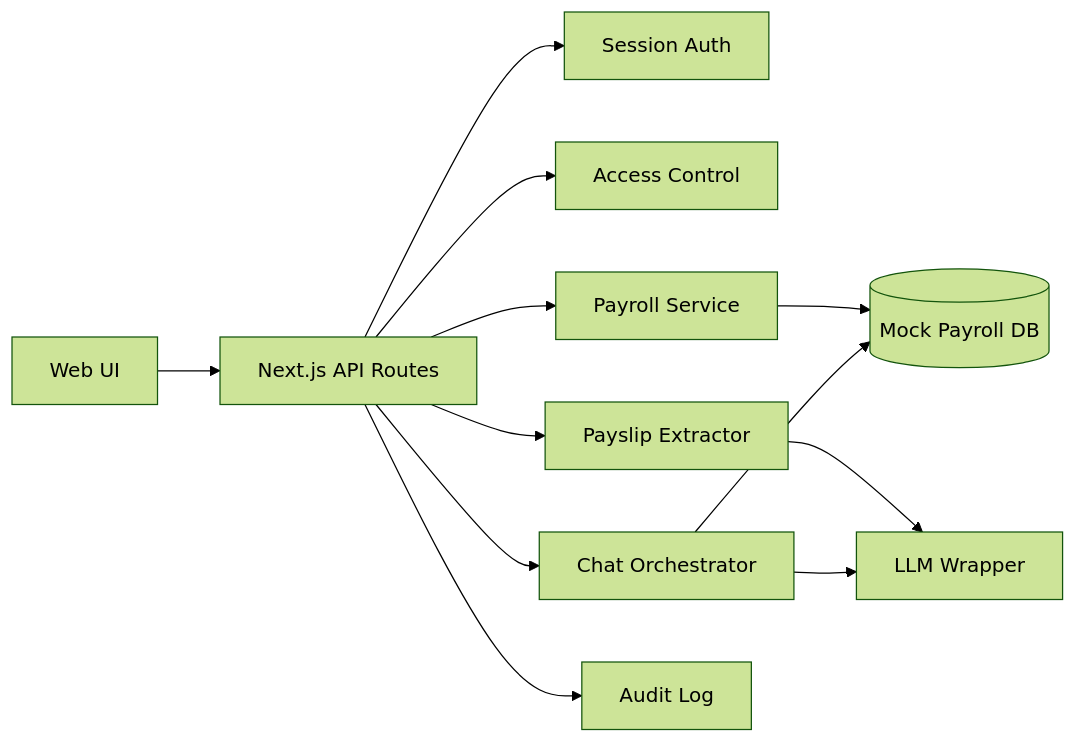
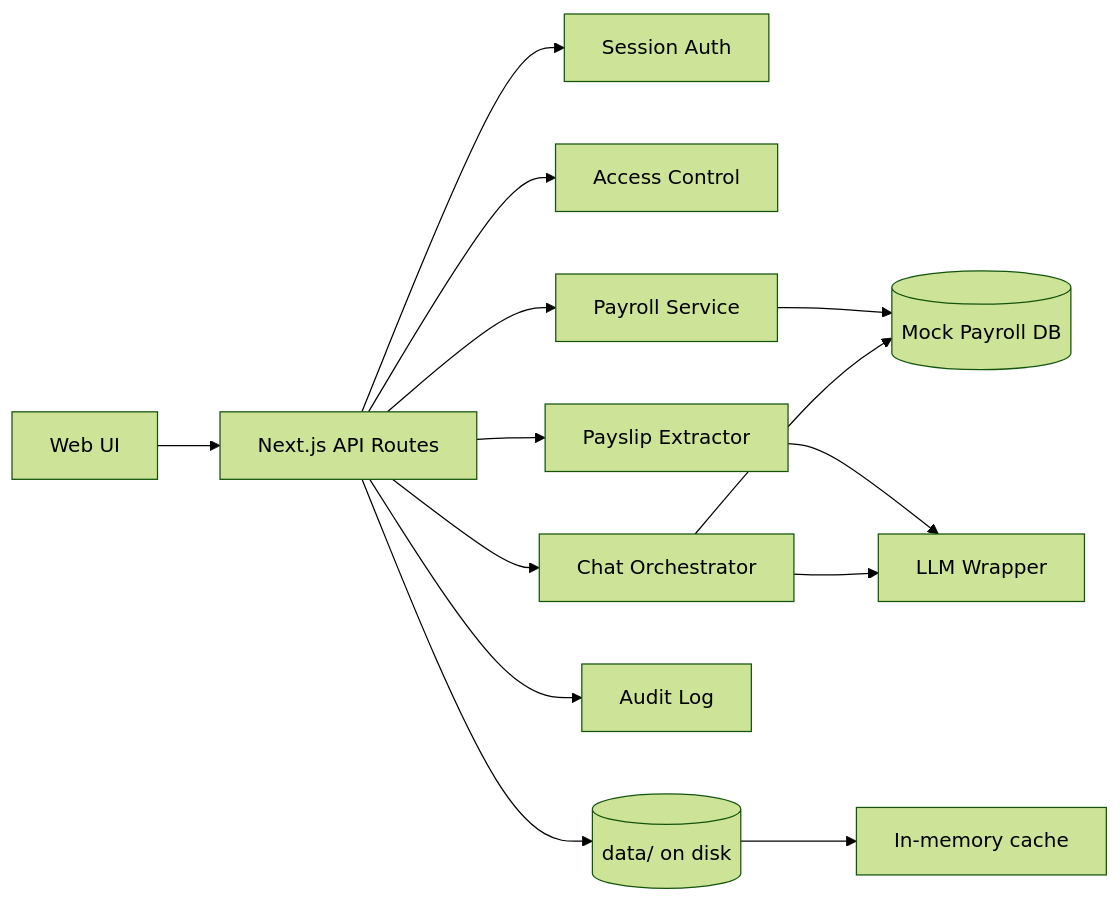
Before and after one commit to prashanttsachan/biz2x-assignment: the diagram in README.md, drawn with Mermaid (forest theme). The commit also changed other lines of this file and 15 other files, not shown here.

````diff
--- a/README.md
+++ b/README.md
@@ -65,14 +66,16 @@
 ```mermaid
 flowchart LR
   UI[Web UI] --> API[Next.js API Routes]
   API --> Auth[Session Auth]
   API --> ACL[Access Control]
   API --> Payroll[Payroll Service]
   API --> OCR[Payslip Extractor]
   API --> Chat[Chat Orchestrator]
   OCR --> LLM[LLM Wrapper]
   Chat --> LLM
   Payroll --> Mock[(Mock Payroll DB)]
   Chat --> Mock
   API --> Audit[Audit Log]
+  API --> FileDb[(data/ on disk)]
+  FileDb --> Memory[In-memory cache]
 ```
````
